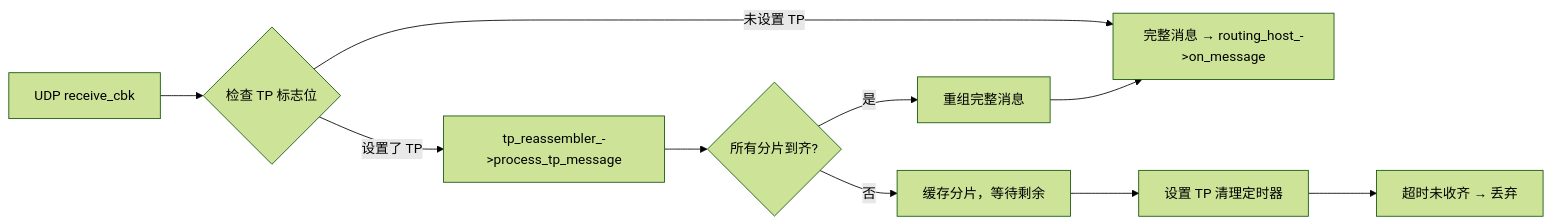
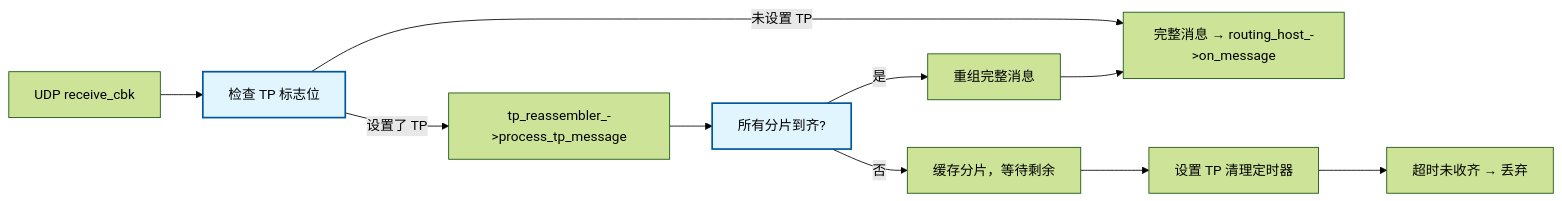
Diagram 12 of 21 in zhr/readme_ep.md (zhuhairong/vsomeip), drawn with Mermaid (forest theme) before and after one commit. The commit also changed other lines of this file, not shown here.

First line of the commit message:
docs(readme_ep): 更新Mermaid图表样式增强可读性

````diff
--- a/zhr/readme_ep.md
+++ b/zhr/readme_ep.md
@@ -544,12 +557,16 @@
 ```mermaid
 flowchart LR
-    A[UDP receive_cbk] --> B{检查 TP 标志位}
+    classDef decision fill:#e1f5fe,stroke:#01579b,stroke-width:2px
+
+    A[UDP receive_cbk] --> B["检查 TP 标志位"]
     B -->|未设置 TP| C[完整消息 → routing_host_->on_message]
     B -->|设置了 TP| D[tp_reassembler_->process_tp_message]
-    D --> E{"所有分片到齐?"}
+    D --> E["所有分片到齐?"]
     E -->|是| F[重组完整消息]
     E -->|否| G[缓存分片，等待剩余]
     F --> C
     G --> H[设置 TP 清理定时器]
     H --> I[超时未收齐 → 丢弃]
+
+    class B,E decision
 ```
````
